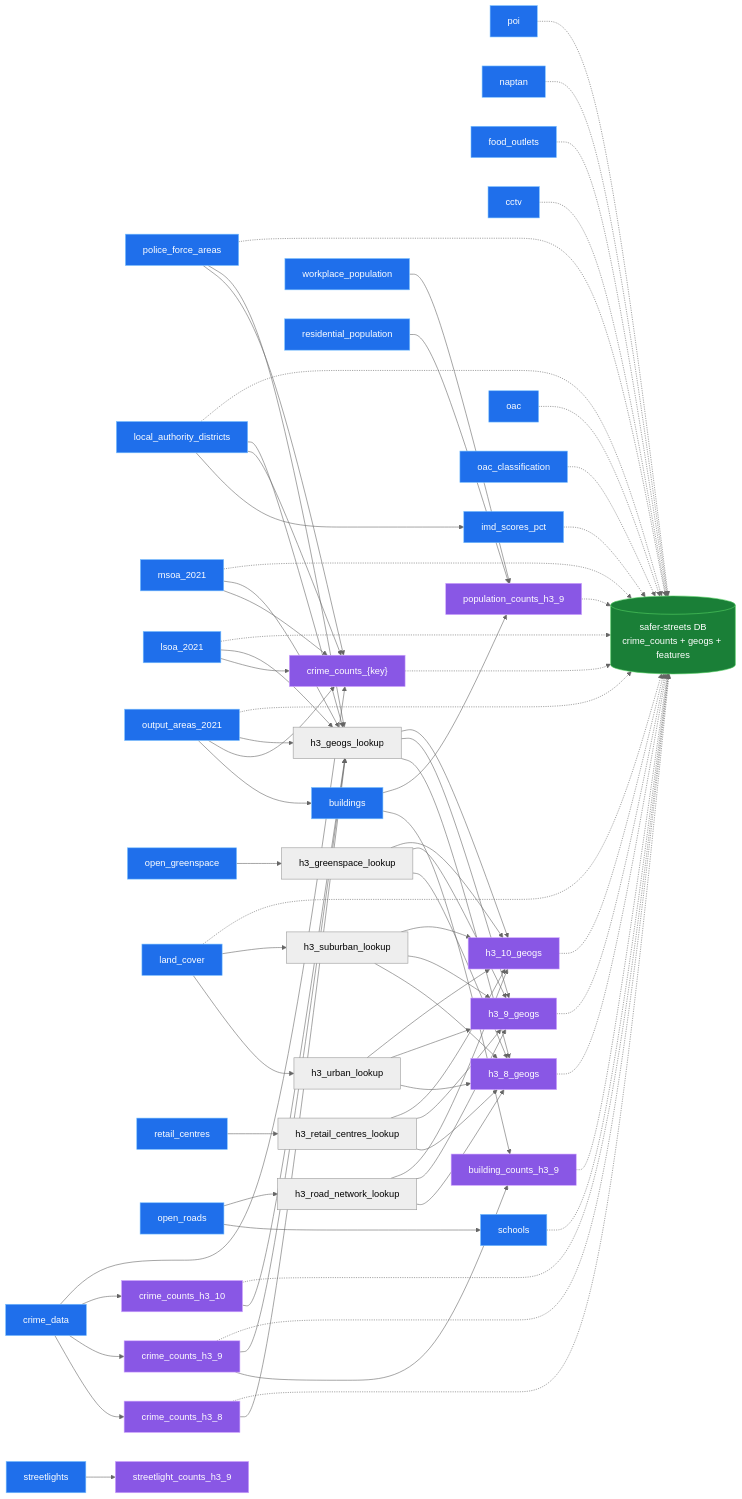
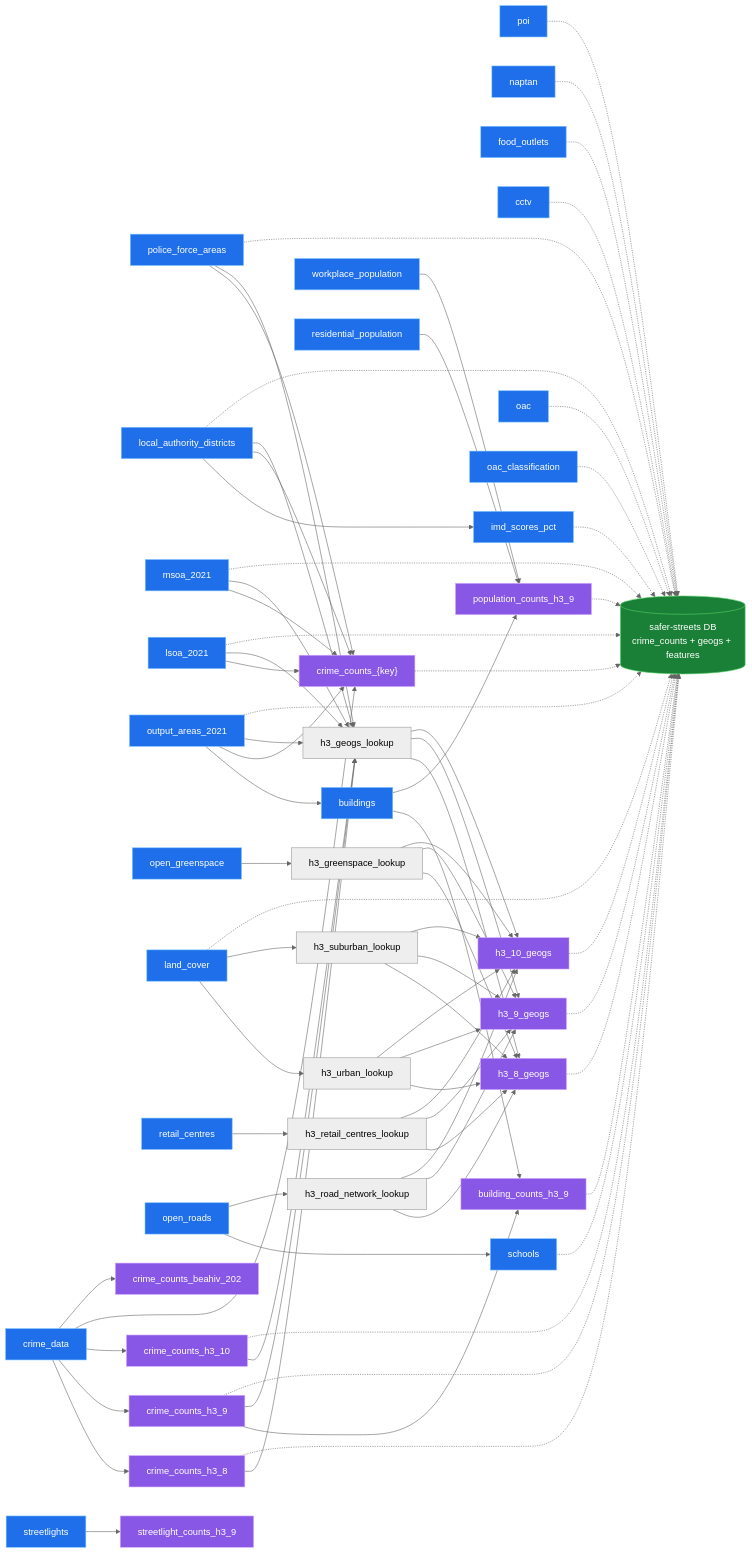
One commit to safer-streets/safer-streets-tooling changed the diagram in README.md. Above: the diagram before and after it, drawn with Mermaid (neutral theme). The commit also changed other lines of this file and 7 other files, not shown here.

First line of the commit message:
Add BEAHIV crime counts (crime_counts_beahiv_202)

````diff
--- a/README.md
+++ b/README.md
@@ -79,6 +79,7 @@
    crime_counts_h3_9
    crime_counts_h3_10
    crime_counts_geog["crime_counts_{key}"]
+   crime_counts_beahiv["crime_counts_beahiv_202"]
    streetlight_counts_h3_9
    building_counts_h3_9
    population_counts_h3_9
@@ -105,6 +106,7 @@
     crime_data --> crime_counts_h3_9
     crime_data --> crime_counts_h3_10
     crime_data --> crime_counts_geog
+    crime_data --> crime_counts_beahiv
     police_force_areas --> crime_counts_geog
     local_authority_districts --> crime_counts_geog
     msoa_2021 --> crime_counts_geog
@@ -178,6 +180,6 @@
     classDef transform fill:#8957e5,stroke:#d2a8ff,stroke-width:1px,color:#ffffff;
     classDef load fill:#1a7f37,stroke:#56d364,stroke-width:1px,color:#ffffff;
     class crime_data,police_force_areas,local_authority_districts,msoa_2021,lsoa_2021,output_areas_2021,open_greenspace,land_cover,buildings,retail_centres,open_roads,poi,naptan,food_outlets,streetlights,cctv,schools,imd_scores_pct,oac,oac_classification,workplace_population,residential_population extract;
-    class crime_counts_h3_8,crime_counts_h3_9,crime_counts_h3_10,crime_counts_geog,streetlight_counts_h3_9,building_counts_h3_9,population_counts_h3_9,h3_8_geogs,h3_9_geogs,h3_10_geogs transform;
+    class crime_counts_h3_8,crime_counts_h3_9,crime_counts_h3_10,crime_counts_geog,crime_counts_beahiv,streetlight_counts_h3_9,building_counts_h3_9,population_counts_h3_9,h3_8_geogs,h3_9_geogs,h3_10_geogs transform;
     class database load;
 ```
````
